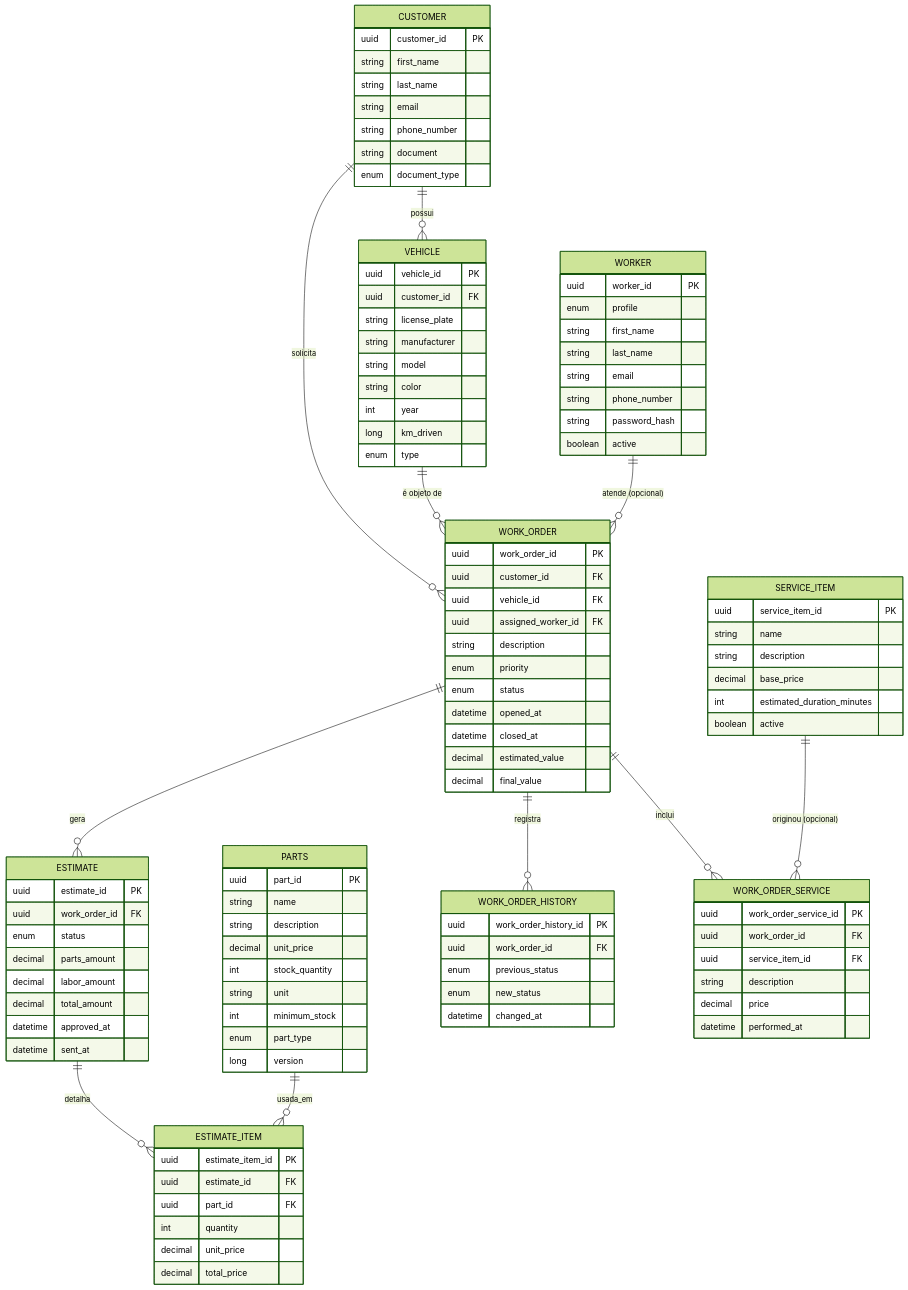
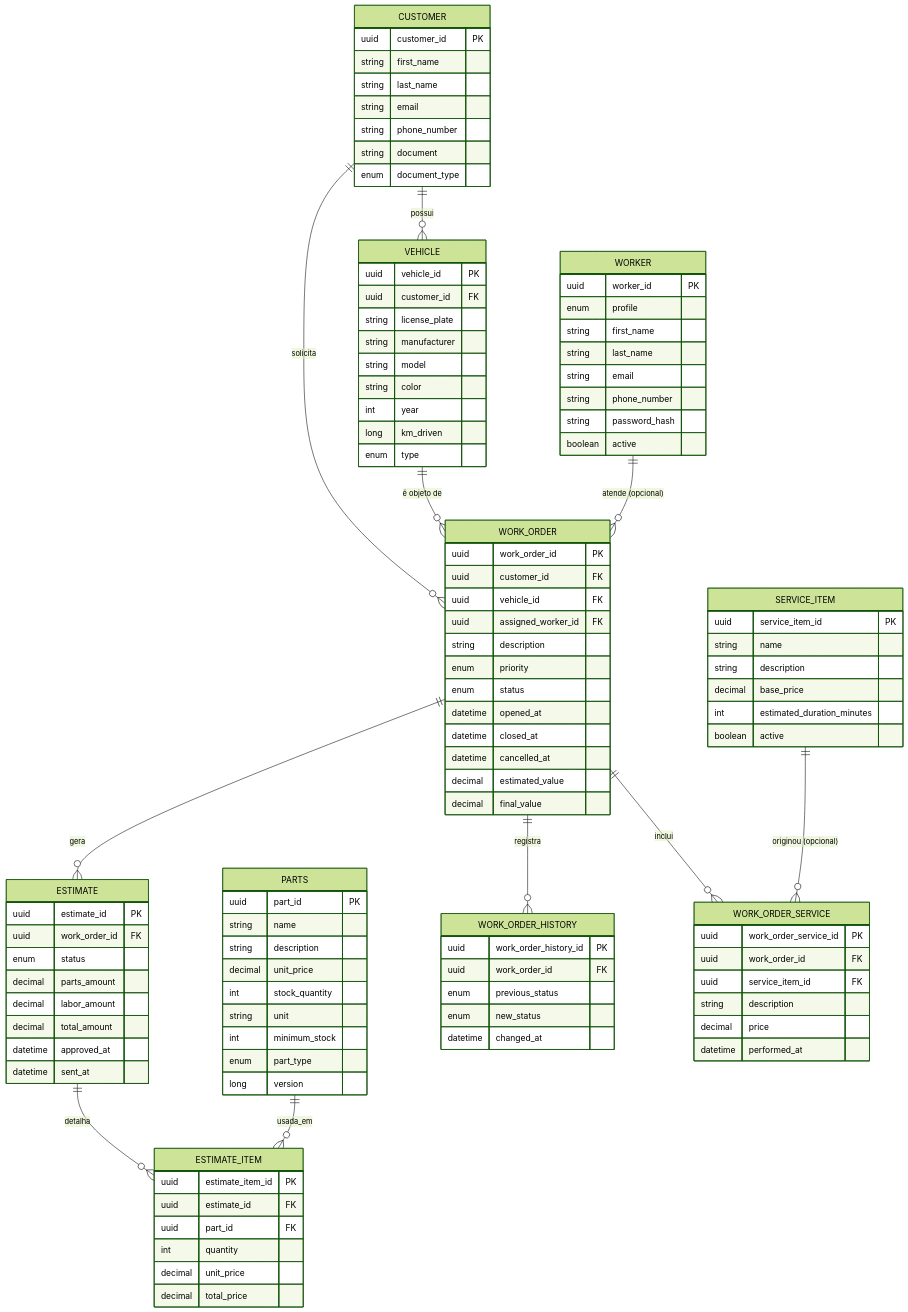
One commit to 15SOAT-JVGG/tech-challenge-fase-1 changed the diagram in docs/MODELO-RELACIONAL.md. Above: the diagram before and after it, drawn with Mermaid (forest theme). The commit also changed other lines of this file and 20 other files, not shown here.

```diff
--- a/docs/MODELO-RELACIONAL.md
+++ b/docs/MODELO-RELACIONAL.md
@@ -72,6 +72,7 @@
         enum status
         datetime opened_at
         datetime closed_at
+        datetime cancelled_at
         decimal estimated_value
         decimal final_value
     }
```
